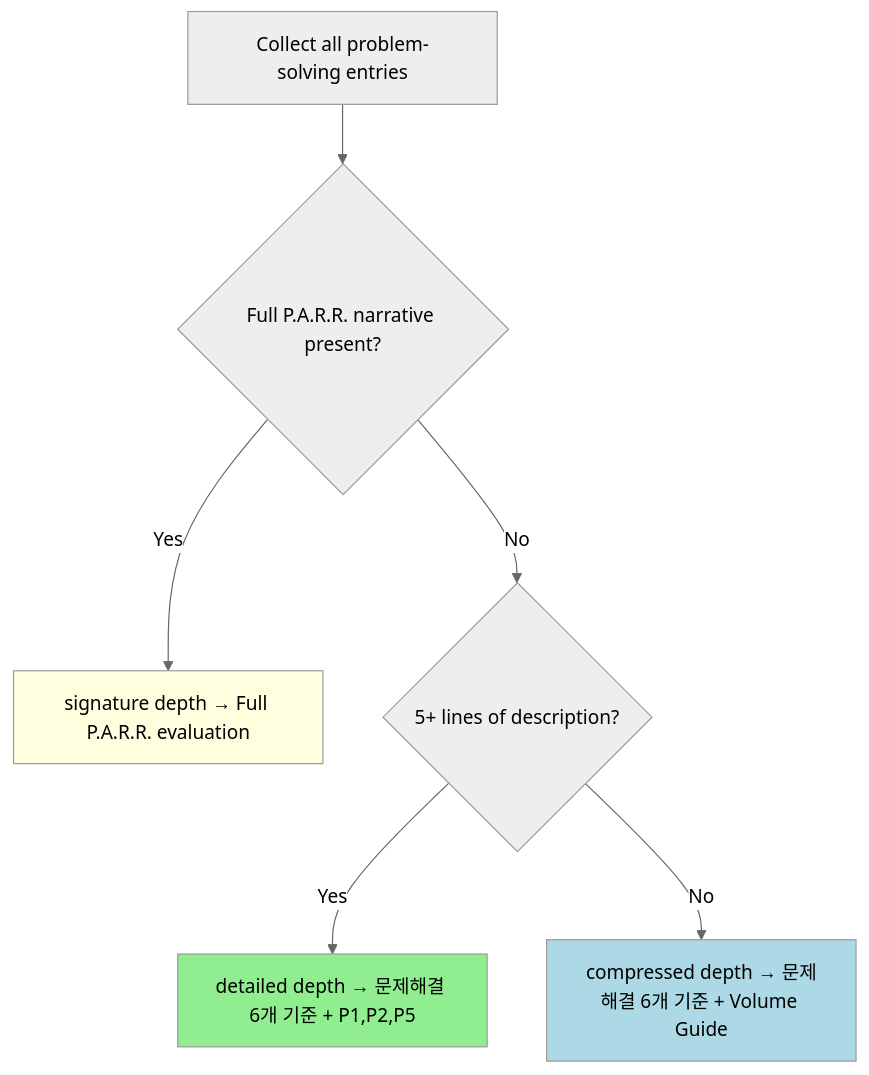
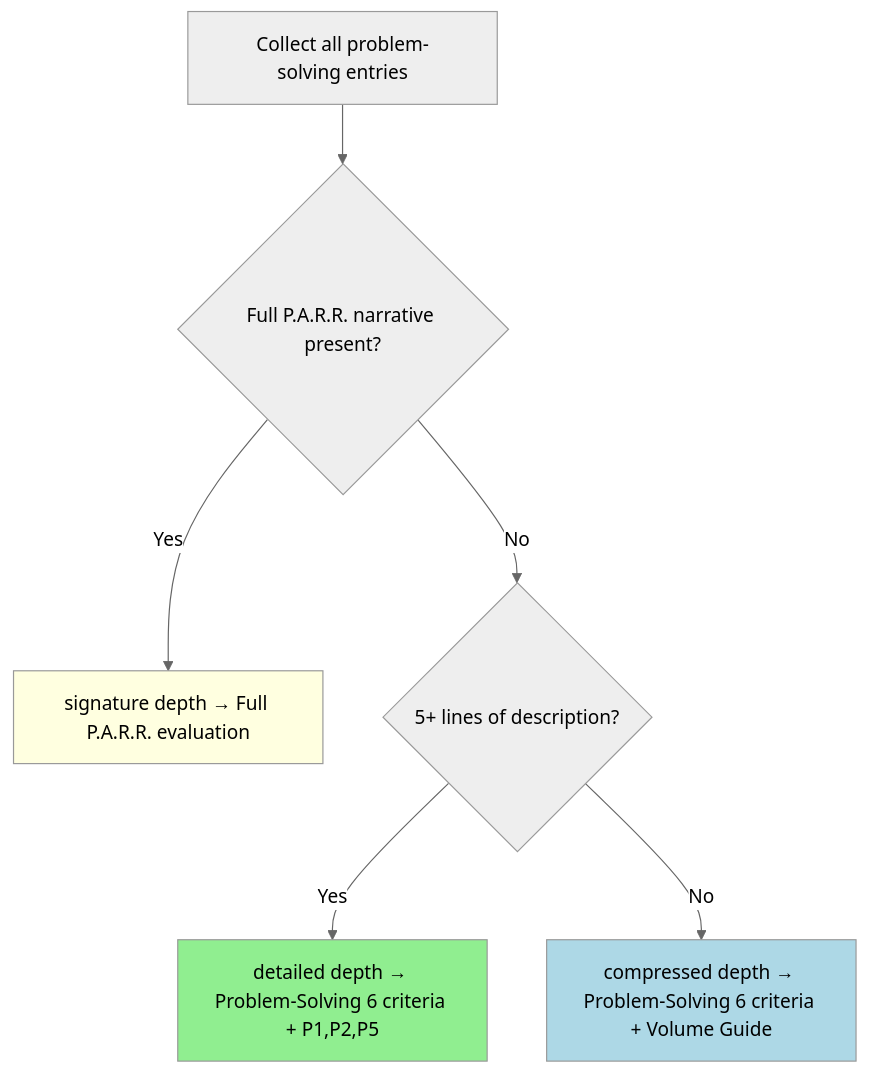
One commit to toongri/oh-my-toong-playground changed the second of 3 diagrams in skills/review-resume/SKILL.md. Above: the diagram before and after it, drawn with Mermaid (neutral theme). The commit also changed other lines of this file and 10 other files, not shown here.

````diff
--- a/skills/review-resume/SKILL.md
+++ b/skills/review-resume/SKILL.md
@@ -334,12 +334,12 @@
 ```mermaid
 flowchart TB
     A[Collect all problem-solving entries] --> B{Full P.A.R.R. narrative present?}
     B -->|Yes| C[signature depth → Full P.A.R.R. evaluation]
     B -->|No| D{5+ lines of description?}
-    D -->|Yes| E[detailed depth → 문제해결 6개 기준 + P1,P2,P5]
-    D -->|No| F[compressed depth → 문제해결 6개 기준 + Volume Guide]
+    D -->|Yes| E[detailed depth → Problem-Solving 6 criteria + P1,P2,P5]
+    D -->|No| F[compressed depth → Problem-Solving 6 criteria + Volume Guide]
 
     style C fill:lightyellow
     style E fill:lightgreen
     style F fill:lightblue
 ```
````
